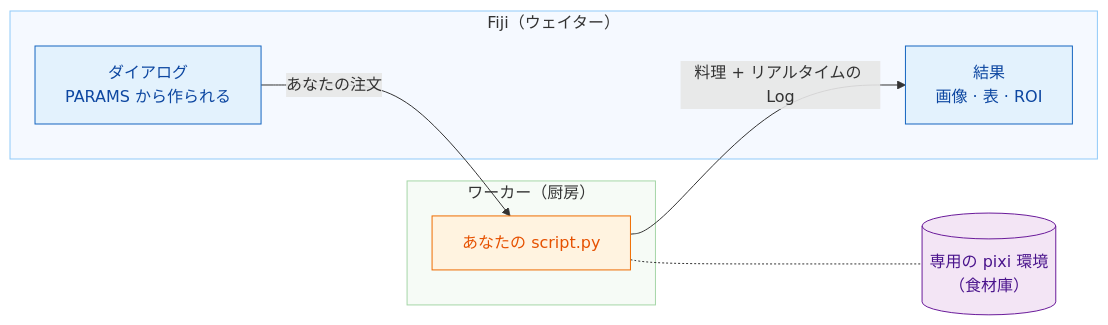
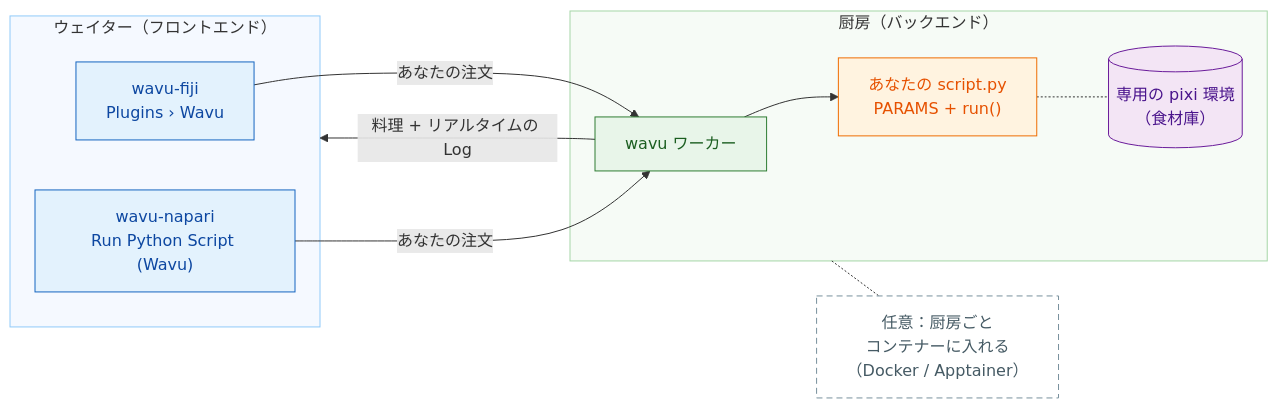
The diagram in guide/index.ja.md (Oxford-Zeiss-Centre-of-Excellence/Wavu), drawn with Mermaid before and after one commit. The commit also changed other lines of this file and 218 other files, not shown here.

First line of the commit message:
feat: Wavu core + two frontends (wavu-fiji, wavu-napari); remote/container connect; reworked guide

````diff
--- a/guide/index.ja.md
+++ b/guide/index.ja.md
@@ -19,22 +21,28 @@
 ```mermaid
 flowchart LR
-    subgraph FIJI["Fiji（ウェイター）"]
-        D["ダイアログ<br/>PARAMS から作られる"]:::fiji
-        R["結果<br/>画像 · 表 · ROI"]:::fiji
+    subgraph FE["ウェイター（フロントエンド）"]
+        F["wavu-fiji<br/>Plugins › Wavu"]:::fiji
+        N["wavu-napari<br/>Run Python Script (Wavu)"]:::fiji
     end
-    subgraph PY["ワーカー（厨房）"]
-        S["あなたの script.py"]:::script
+    subgraph BE["厨房（バックエンド）"]
+        W["wavu ワーカー"]:::worker
+        S["あなたの script.py<br/>PARAMS + run()"]:::script
+        E[("専用の pixi 環境<br/>（食材庫）")]:::env
     end
-    E[("専用の pixi 環境<br/>（食材庫）")]:::env
+    C["任意：厨房ごと<br/>コンテナーに入れる<br/>（Docker / Apptainer）"]:::box
+    BE -.- C
 
-    D -- "あなたの注文" --> S
+    F -- "あなたの注文" --> W
+    N -- "あなたの注文" --> W
+    W --> S
     S -.- E
-    S -- "料理 + リアルタイムの Log" --> R
+    W -- "料理 + リアルタイムの Log" --> FE
 
     classDef fiji   fill:#e3f2fd,stroke:#1565c0,color:#0d47a1
     classDef worker fill:#e8f5e9,stroke:#2e7d32,color:#1b5e20
     classDef script fill:#fff3e0,stroke:#ef6c00,color:#e65100
     classDef env    fill:#f3e5f5,stroke:#6a1b9a,color:#4a148c
-    style FIJI fill:#f5f9ff,stroke:#90caf9
-    style PY   fill:#f6fbf6,stroke:#a5d6a7
+    style FE fill:#f5f9ff,stroke:#90caf9
+    style BE fill:#f6fbf6,stroke:#a5d6a7
+    classDef box    fill:#ffffff,stroke:#78909c,stroke-dasharray: 6 4,color:#455a64
 ```
````
